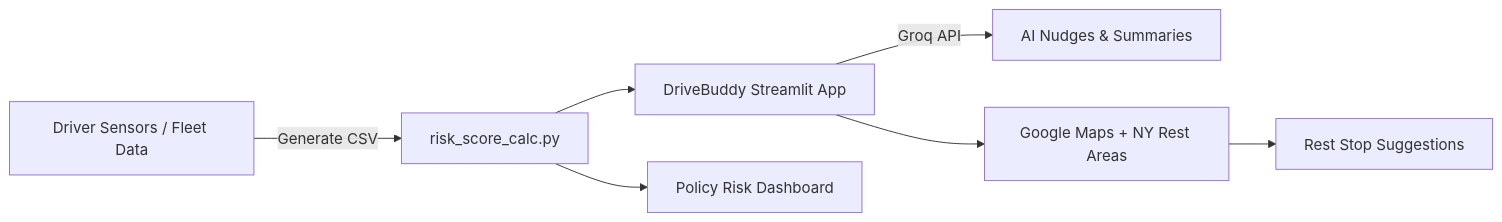
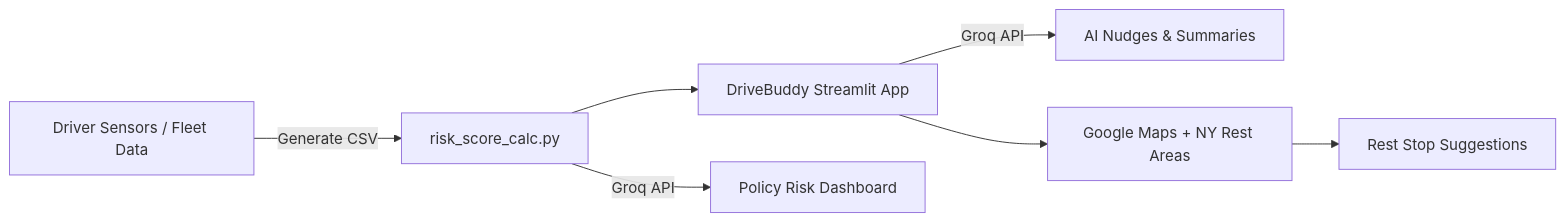
One commit to shefalisuresh/DriveBuddy-AI changed the diagram in README.md. Above: the diagram before and after it, drawn with Mermaid.

````diff
--- a/README.md
+++ b/README.md
@@ -76,10 +76,10 @@
 ```mermaid
 flowchart LR
 A[Driver Sensors / Fleet Data] -->|Generate CSV| B[risk_score_calc.py]
 B --> C[DriveBuddy Streamlit App]
 C -->|Groq API| D[AI Nudges & Summaries]
 C --> E[Google Maps + NY Rest Areas]
 E --> F[Rest Stop Suggestions]
-B --> G[Policy Risk Dashboard]
+B -->|Groq API| G[Policy Risk Dashboard]
 
 ```
````
